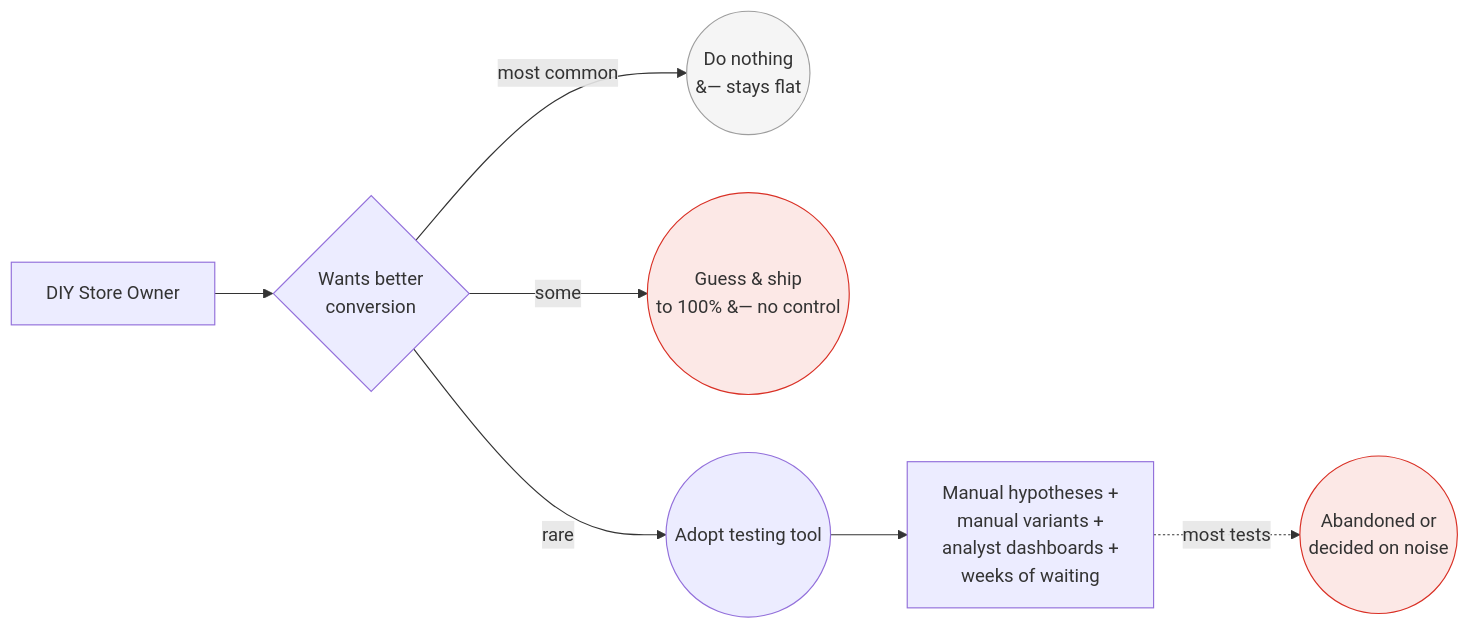
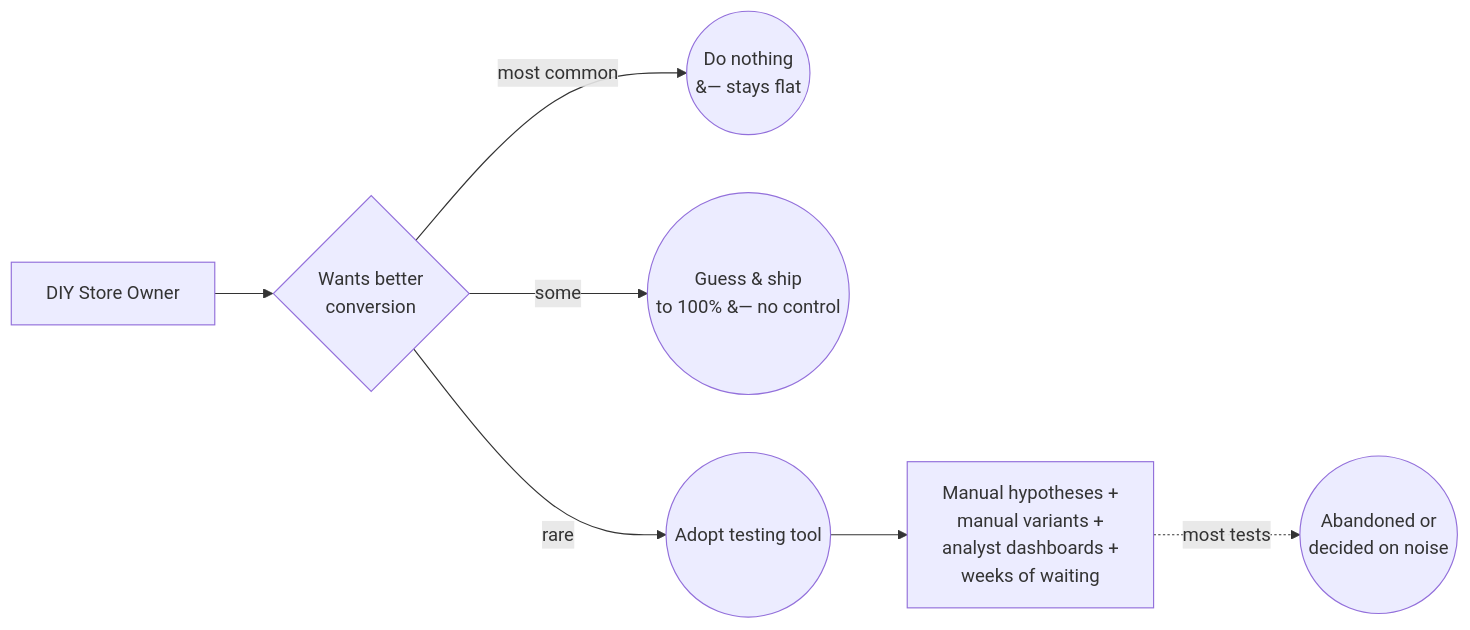
One commit to omars-lab/omars-lab.github.io changed the fourth of 15 diagrams in bytesofpurpose-blog/designs/2026-06-22-self-healing-storefront.mdx. Above: the diagram before and after it, drawn with Mermaid. The commit also changed other lines of this file and 6 other files, not shown here.

First line of the commit message:
feat(designs): on-brand mermaid theme + dark-mode-adaptive diagrams

````diff
--- a/bytesofpurpose-blog/designs/2026-06-22-self-healing-storefront.mdx
+++ b/bytesofpurpose-blog/designs/2026-06-22-self-healing-storefront.mdx
@@ -341,13 +330,10 @@
 ```mermaid
 graph LR
     OWNER[DIY Store Owner] --> Q{Wants better\nconversion}
     Q -->|most common| NOTHING((Do nothing\n&#8212; stays flat))
     Q -->|some| GUESS((Guess & ship\nto 100% &#8212; no control))
     Q -->|rare| TOOL((Adopt testing tool))
     TOOL --> WALL[Manual hypotheses +\nmanual variants +\nanalyst dashboards +\nweeks of waiting]
     WALL -.->|most tests| ABANDON((Abandoned or\ndecided on noise))
 
-    style NOTHING fill:#f5f5f5,stroke:#9e9e9e
-    style GUESS fill:#fce8e6,stroke:#d93025
-    style ABANDON fill:#fce8e6,stroke:#d93025
 ```
````
